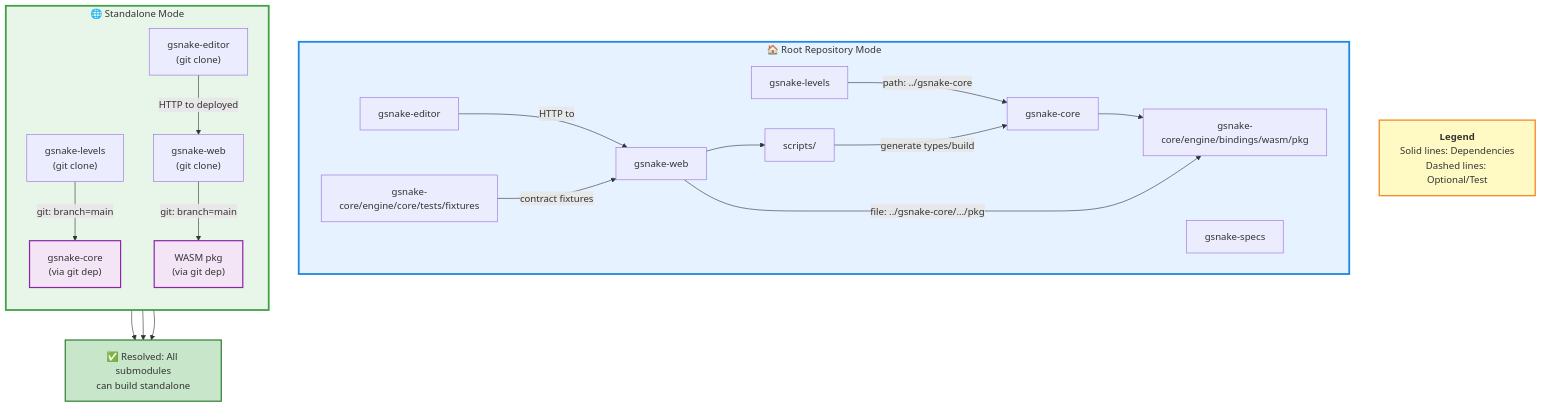
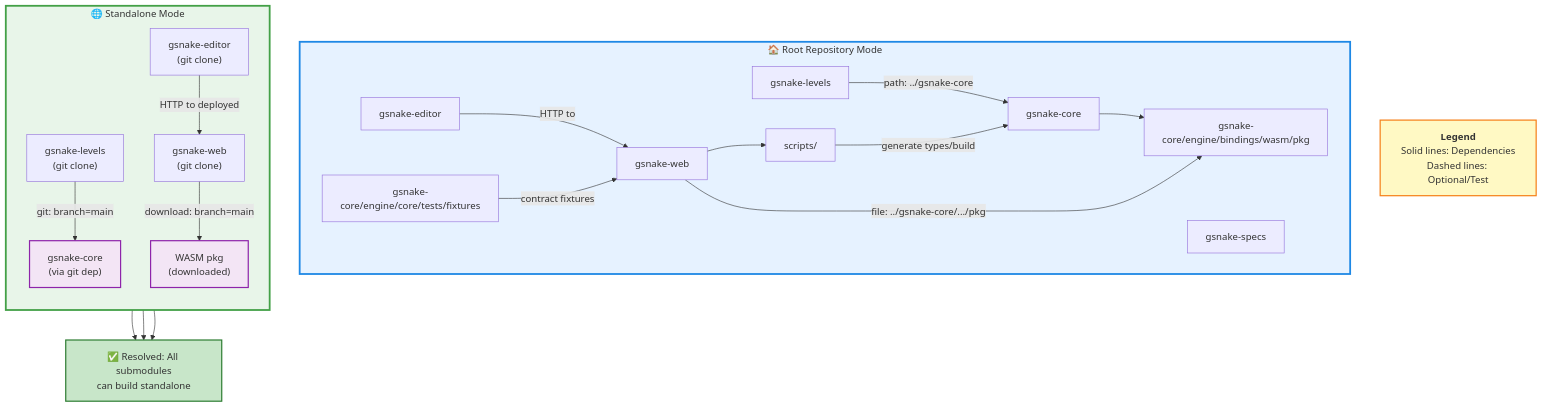
One commit to NNTin/gsnake-specs changed the diagram in tasks/repo-architecture.md. Above: the diagram before and after it, drawn with Mermaid. The commit also changed other lines of this file, not shown here.

````diff
--- a/tasks/repo-architecture.md
+++ b/tasks/repo-architecture.md
@@ -17,54 +17,54 @@
 ```mermaid
 graph TD
   %% Submodules / repos (each in its own subgraph)
   subgraph ROOT_REPO["🏠 Root Repository Mode"]
     CORE["gsnake-core"]
     SCRIPTS["scripts/"]
     WASM_PKG["gsnake-core/engine/bindings/wasm/pkg"]
     FIXTURES["gsnake-core/engine/core/tests/fixtures"]
     LEVELS_LOCAL["gsnake-levels"]
     WEB_LOCAL["gsnake-web"]
     SPECS_LOCAL["gsnake-specs"]
     EDITOR_LOCAL["gsnake-editor"]
   end
 
   subgraph STANDALONE["🌐 Standalone Mode"]
     direction TB
     LEVELS_SA["gsnake-levels<br/>(git clone)"]
     WEB_SA["gsnake-web<br/>(git clone)"]
     EDITOR_SA["gsnake-editor<br/>(git clone)"]
     CORE_GIT["gsnake-core<br/>(via git dep)"]
-    WASM_GIT["WASM pkg<br/>(via git dep)"]
+    WASM_GIT["WASM pkg<br/>(downloaded)"]
   end
 
   %% Root repo relationships
   CORE --> WASM_PKG
   LEVELS_LOCAL -->|path: ../gsnake-core| CORE
   WEB_LOCAL -->|file: ../gsnake-core/.../pkg| WASM_PKG
   WEB_LOCAL --> SCRIPTS
   EDITOR_LOCAL -->|HTTP to| WEB_LOCAL
   SCRIPTS -->|generate types/build| CORE
   FIXTURES -->|contract fixtures| WEB_LOCAL
 
   %% Standalone relationships
   LEVELS_SA -->|git: branch=main| CORE_GIT
-  WEB_SA -->|git: branch=main| WASM_GIT
+  WEB_SA -->|download: branch=main| WASM_GIT
   EDITOR_SA -->|HTTP to deployed| WEB_SA
 
   %% Resolution status
   RESOLVED["✅ Resolved: All submodules<br/>can build standalone"]
   LEVELS_SA --> RESOLVED
   WEB_SA --> RESOLVED
   EDITOR_SA --> RESOLVED
 
   %% Legend
   LEGEND["<b>Legend</b><br/>Solid lines: Dependencies<br/>Dashed lines: Optional/Test"]
 
   %% Styling
   style ROOT_REPO fill:#e6f2ff,stroke:#1e88e5,stroke-width:3px
   style STANDALONE fill:#e8f5e9,stroke:#43a047,stroke-width:3px
   style RESOLVED fill:#c8e6c9,stroke:#2e7d32,stroke-width:2px
   style LEGEND fill:#fff9c4,stroke:#f57f17,stroke-width:2px
   style CORE_GIT fill:#f3e5f5,stroke:#8e24aa,stroke-width:2px
   style WASM_GIT fill:#f3e5f5,stroke:#8e24aa,stroke-width:2px
 ```
````
